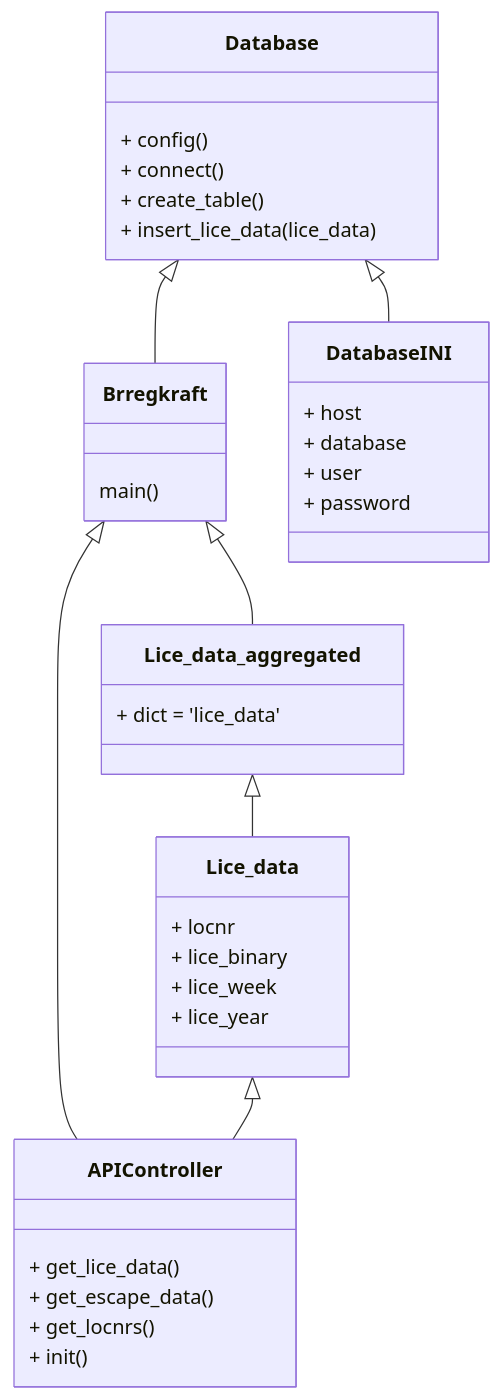
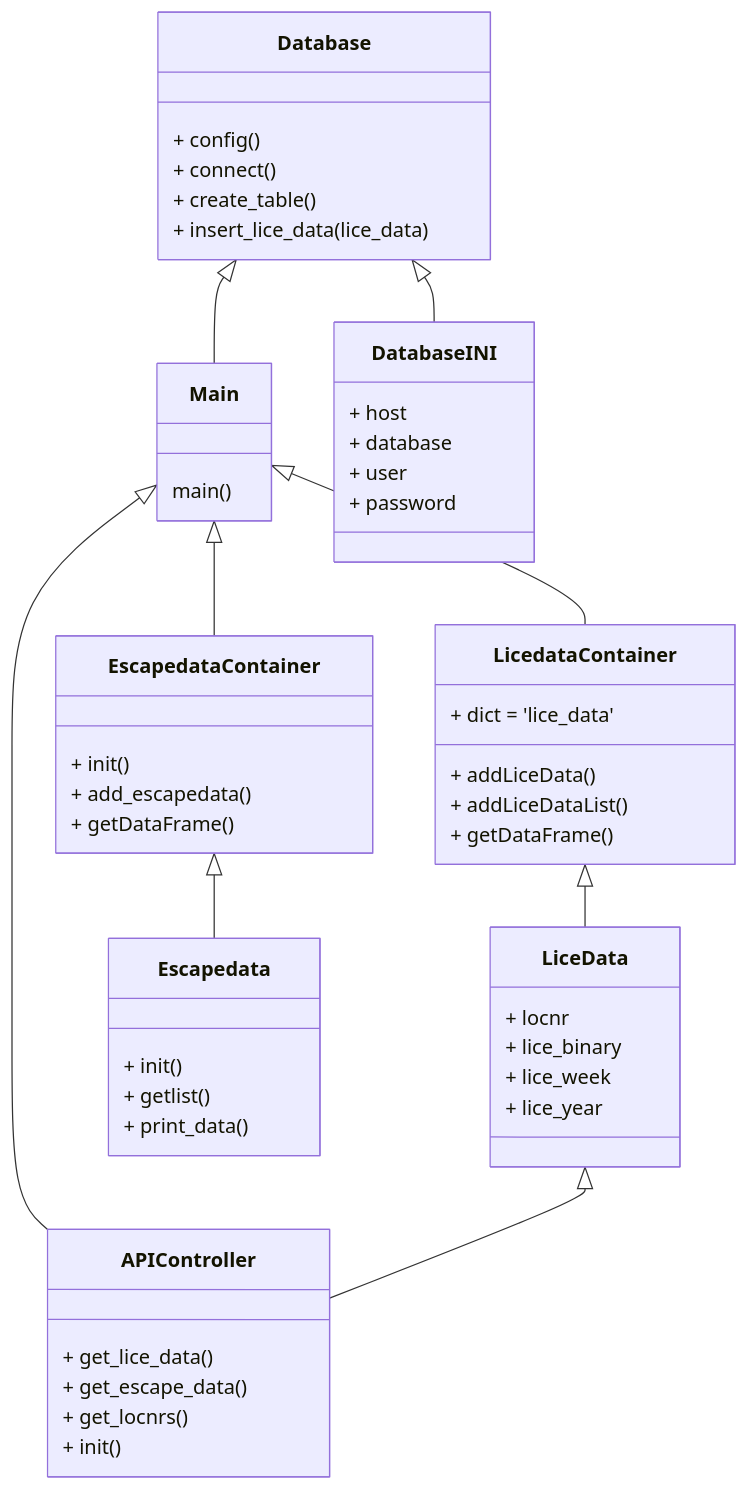
One commit to brreg/sommercamp2022 changed the diagram in class_diagram.md. Above: the diagram before and after it, drawn with Mermaid.

Commit message:
update class diagram
added new classes to class diagram

````diff
--- a/class_diagram.md
+++ b/class_diagram.md
@@ -1,48 +1,67 @@
 ```mermaid
 classDiagram
 
-    Brregkraft <|-- APIController
-    Database <|-- Brregkraft
+    Main <|-- APIController
+    Database <|-- Main
 	Database <|-- DatabaseINI
-	Lice_data <|-- APIController
-	Brregkraft <|-- Lice_data_aggregated
-	Lice_data_aggregated <|-- Lice_data
-
-    class Brregkraft {
+	LiceData <|-- APIController
+	Main <|-- LicedataContainer
+	LicedataContainer <|-- LiceData
+	EscapedataContainer <|-- Escapedata
+	Main <|-- EscapedataContainer
+    class Main {
           main()
     }
 
     class APIController {
       + get_lice_data()
 	  + get_escape_data()
 	  + get_locnrs()
 	  + init()
     }
 
     class Database {
       + config()
 	  + connect()
 	  + create_table()
 	  + insert_lice_data(lice_data)
     }
 	    
 	class DatabaseINI {
       + host
 	  + database
 	  + user
 	  + password
       
     }
 
-	class Lice_data_aggregated {
+	class LicedataContainer {
       + dict = 'lice_data'
+	  + addLiceData()
+	  + addLiceDataList()
+	  + getDataFrame()
+	  
     }
 
-	class Lice_data {
+	class LiceData {
       + locnr
 	  + lice_binary
 	  + lice_week
 	  + lice_year
     }
 	
+	class Escapedata {
+      + init()
+	  + getlist()
+	  + print_data()
+	  
+    }
+	
+	class EscapedataContainer {
+      + init()
+	  + add_escapedata()
+	  + getDataFrame()
+	  
+    }
+	
 ```
````
